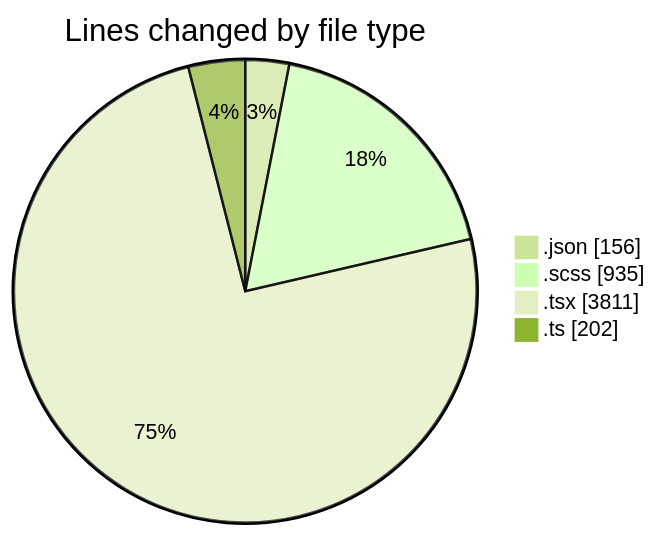
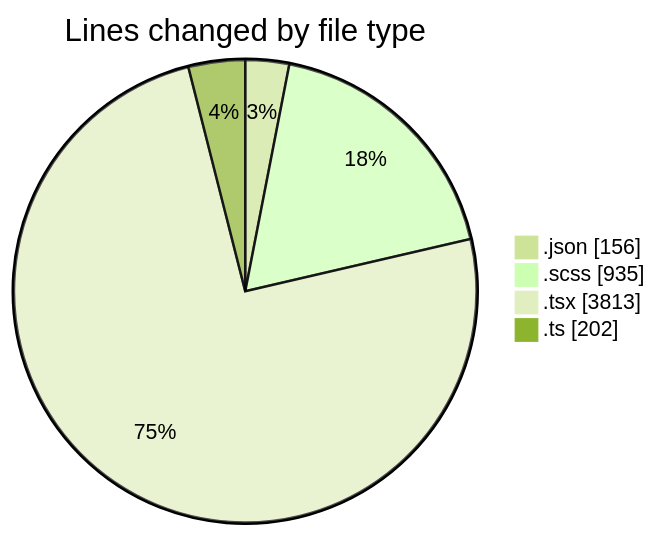
Before and after one commit to momahboobian/code-tracking: the first of 2 diagrams in 2026-02-17/cda/README.md, drawn with Mermaid (forest theme). The commit also changed other lines of this file and 1 other file, not shown here.

````diff
--- a/2026-02-17/cda/README.md
+++ b/2026-02-17/cda/README.md
@@ -32,8 +32,8 @@
 ```mermaid
 pie showData
 title Lines changed by file type
 ".json" : 156
 ".scss" : 935
-".tsx" : 3811
+".tsx" : 3813
 ".ts" : 202
 ```
````
